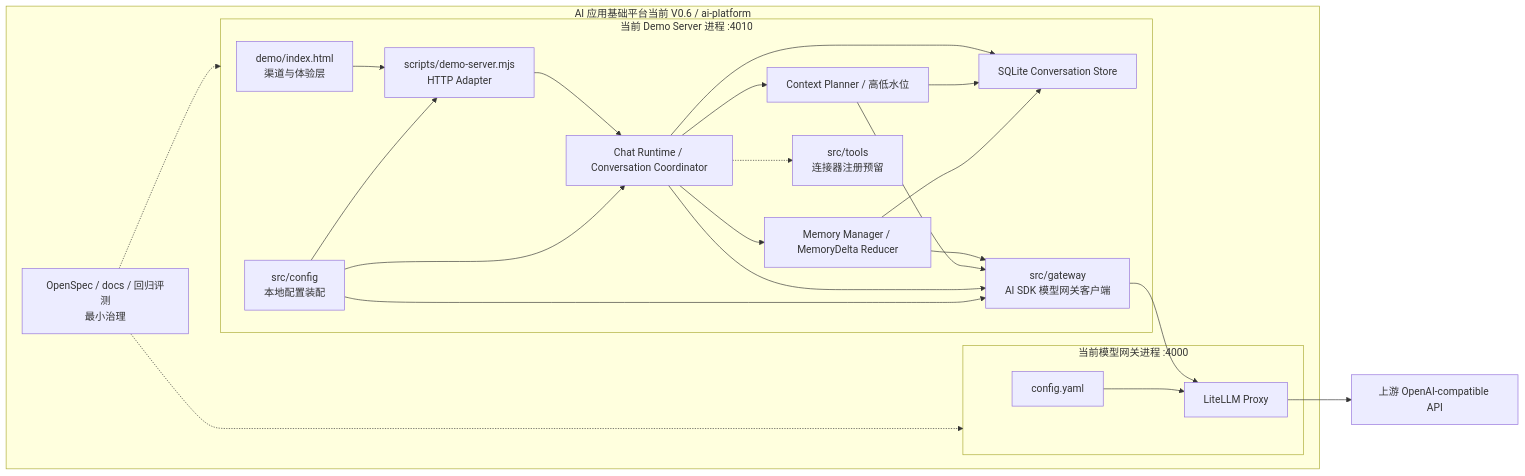
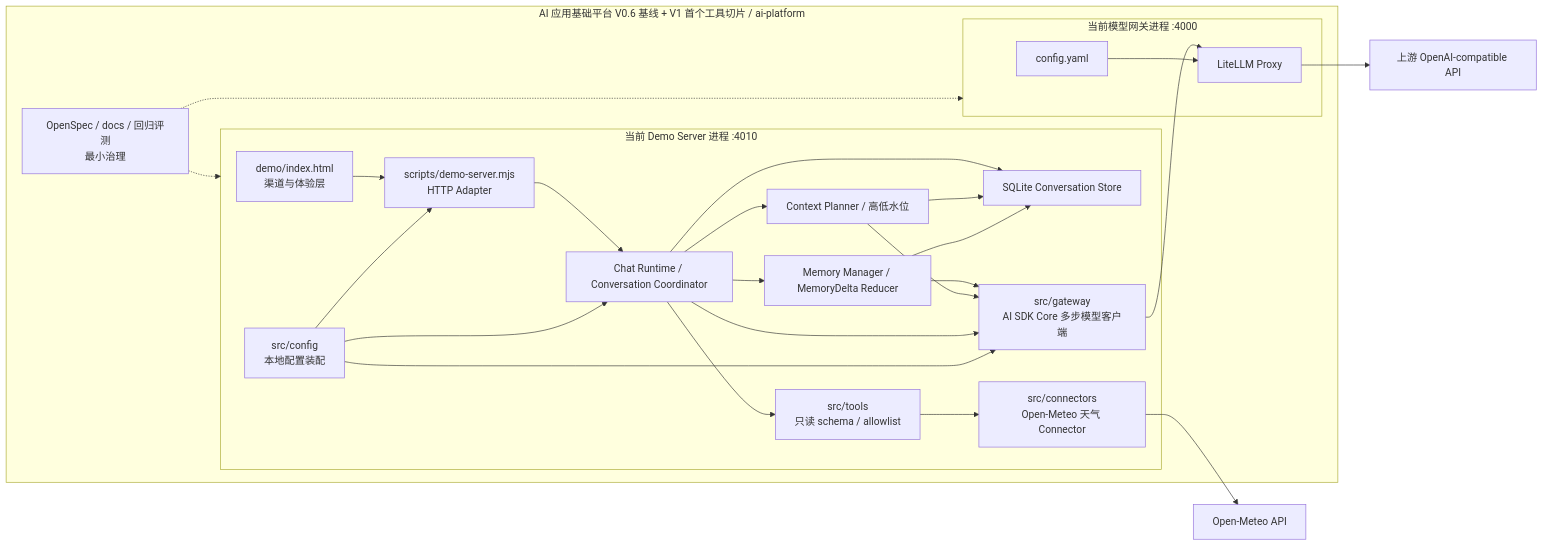
Before and after one commit to leidaibo-lab/ai-platform: the second of 2 diagrams in docs/ai-structure.md, drawn with Mermaid. The commit also changed other lines of this file and 36 other files, not shown here.

````diff
--- a/docs/ai-structure.md
+++ b/docs/ai-structure.md
@@ -249,45 +249,48 @@
 ```mermaid
 flowchart LR
-  subgraph CurrentPlatform["AI 应用基础平台当前 V0.6 / ai-platform"]
+  subgraph CurrentPlatform["AI 应用基础平台 V0.6 基线 + V1 首个工具切片 / ai-platform"]
     subgraph CurrentProcess["当前 Demo Server 进程 :4010"]
       DemoUi["demo/index.html<br/>渠道与体验层"]
       HttpAdapter["scripts/demo-server.mjs<br/>HTTP Adapter"]
       RuntimeCode["Chat Runtime / Conversation Coordinator"]
       ContextPlanner["Context Planner / 高低水位"]
       MemoryManager["Memory Manager / MemoryDelta Reducer"]
       ConversationStore["SQLite Conversation Store"]
-      ToolRegistry["src/tools<br/>连接器注册预留"]
-      GatewayClient["src/gateway<br/>AI SDK 模型网关客户端"]
+      ToolRegistry["src/tools<br/>只读 schema / allowlist"]
+      WeatherConnector["src/connectors<br/>Open-Meteo 天气 Connector"]
+      GatewayClient["src/gateway<br/>AI SDK Core 多步模型客户端"]
       ConfigLoader["src/config<br/>本地配置装配"]
     end
 
     subgraph GatewayProcess["当前模型网关进程 :4000"]
       LiteLLM["LiteLLM Proxy"]
       GatewayConfig["config.yaml"]
     end
 
     Contract["OpenSpec / docs / 回归评测<br/>最小治理"]
   end
 
   Upstream["上游 OpenAI-compatible API"]
 
   DemoUi --> HttpAdapter
   HttpAdapter --> RuntimeCode
   RuntimeCode --> ContextPlanner
   RuntimeCode --> MemoryManager
   RuntimeCode --> ConversationStore
   ContextPlanner --> ConversationStore
   MemoryManager --> ConversationStore
   MemoryManager --> GatewayClient
   ContextPlanner --> GatewayClient
-  RuntimeCode -.-> ToolRegistry
+  RuntimeCode --> ToolRegistry
+  ToolRegistry --> WeatherConnector
+  WeatherConnector --> WeatherApi["Open-Meteo API"]
   RuntimeCode --> GatewayClient
   GatewayClient --> LiteLLM
   GatewayConfig --> LiteLLM
   LiteLLM --> Upstream
   ConfigLoader --> HttpAdapter
   ConfigLoader --> RuntimeCode
   ConfigLoader --> GatewayClient
   Contract -.-> CurrentProcess
   Contract -.-> GatewayProcess
 ```
````
